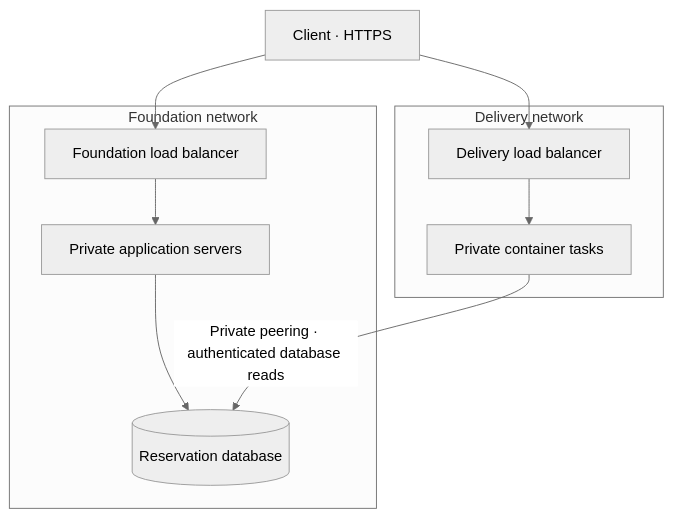
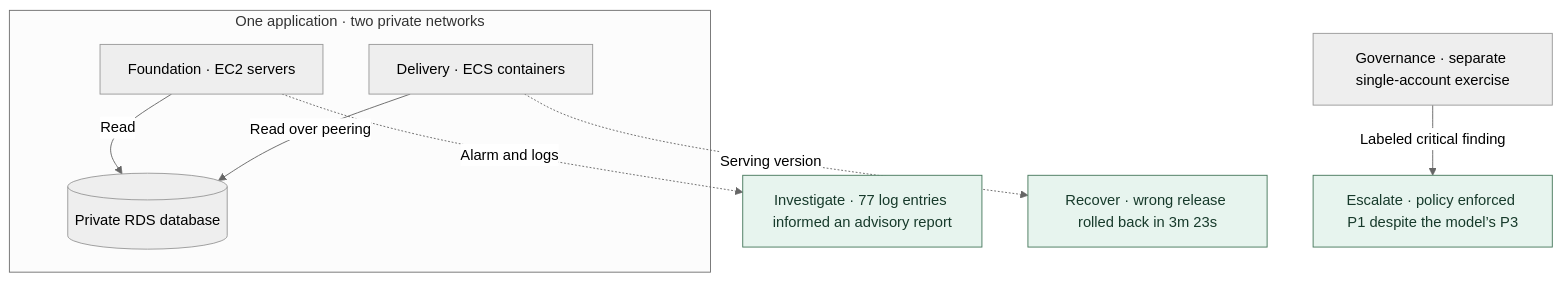
One commit to JNHolman/RSVP-Cloud-Platform changed the diagram in README.md. Above: the diagram before and after it, drawn with Mermaid (neutral theme). The commit also changed other lines of this file and 3 other files, not shown here.

````diff
--- a/README.md
+++ b/README.md
@@ -13,13 +13,12 @@
 ```mermaid
 flowchart TB
-  user["Client · HTTPS"] --> f["Foundation load balancer"]
-  user --> d["Delivery load balancer"]
-  subgraph foundation["Foundation network"]
-    f --> vm["Private application servers"]
-    vm --> db[("Reservation database")]
+  subgraph runtime["One application · two private networks"]
+    vm["Foundation · EC2 servers"] -->|Read| db[("Private RDS database")]
+    tasks["Delivery · ECS containers"] -->|Read over peering| db
   end
-  subgraph delivery["Delivery network"]
-    d --> tasks["Private container tasks"]
-  end
-  tasks -->|Private peering · authenticated database reads| db
+  vm -. Alarm and logs .-> investigate["Investigate · 77 log entries informed an advisory report"]
+  tasks -. Serving version .-> recover["Recover · wrong release rolled back in 3m 23s"]
+  sample["Governance · separate single-account exercise"] -->|Labeled critical finding| decide["Escalate · policy enforced P1 despite the model’s P3"]
+  classDef outcome fill:#e7f4ee,color:#173a2b,stroke:#47785c
+  class investigate,recover,decide outcome
 ```
````
